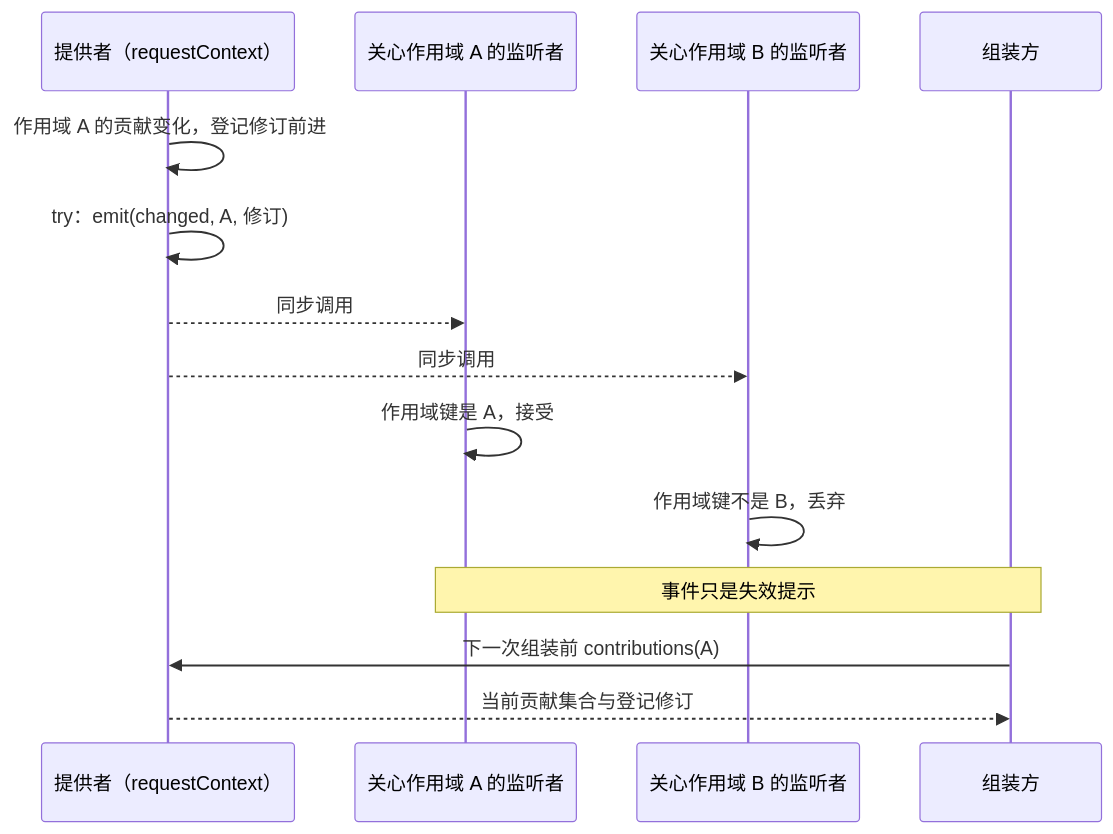
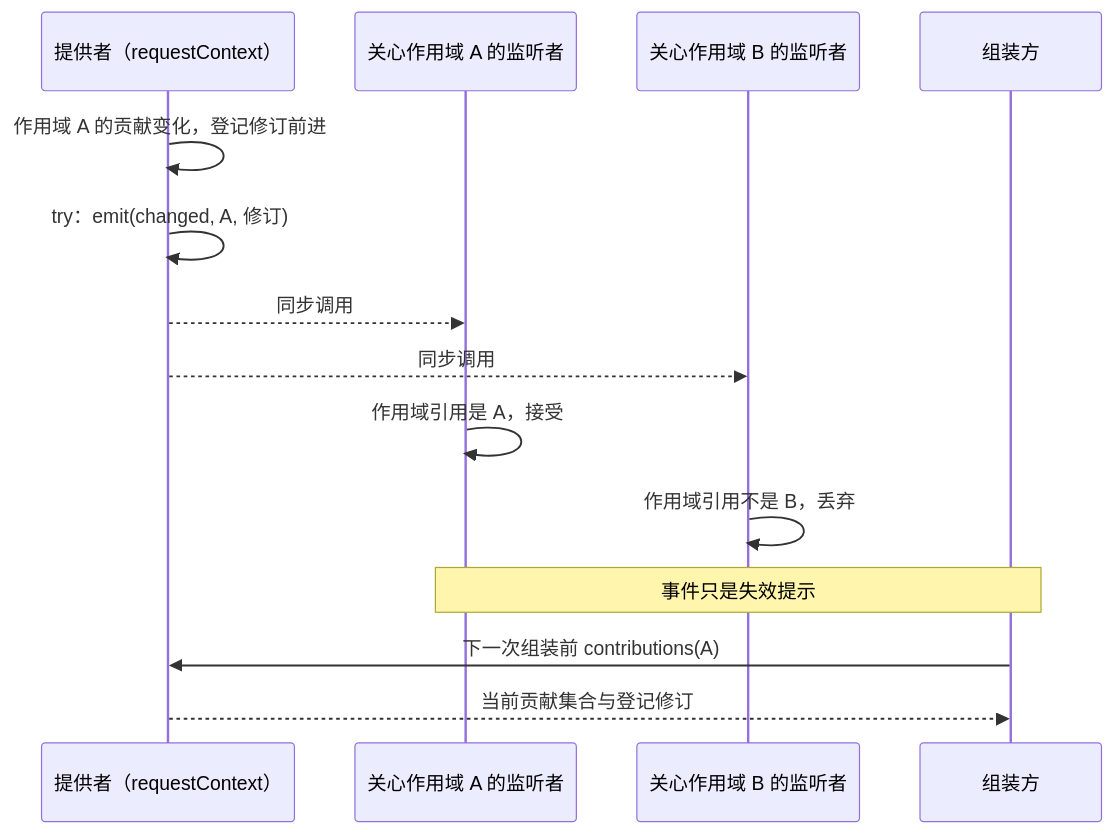
The second of 2 diagrams in packages/context/request-context-cordis-contract/docs/flows.md (nemori-ai/omne-harness-lite), drawn with Mermaid before and after one commit. The commit also changed other lines of this file and 70 other files, not shown here.

````diff
--- a/packages/context/request-context-cordis-contract/docs/flows.md
+++ b/packages/context/request-context-cordis-contract/docs/flows.md
@@ -56,16 +56,16 @@
 ```mermaid
 sequenceDiagram
   participant S as 提供者（requestContext）
   participant LA as 关心作用域 A 的监听者
   participant LB as 关心作用域 B 的监听者
   participant C as 组装方
   S->>S: 作用域 A 的贡献变化，登记修订前进
   S->>S: try：emit(changed, A, 修订)
   S-->>LA: 同步调用
   S-->>LB: 同步调用
-  LA->>LA: 作用域键是 A，接受
-  LB->>LB: 作用域键不是 B，丢弃
+  LA->>LA: 作用域引用是 A，接受
+  LB->>LB: 作用域引用不是 B，丢弃
   Note over LA,C: 事件只是失效提示
   C->>S: 下一次组装前 contributions(A)
   S-->>C: 当前贡献集合与登记修订
 ```
````
